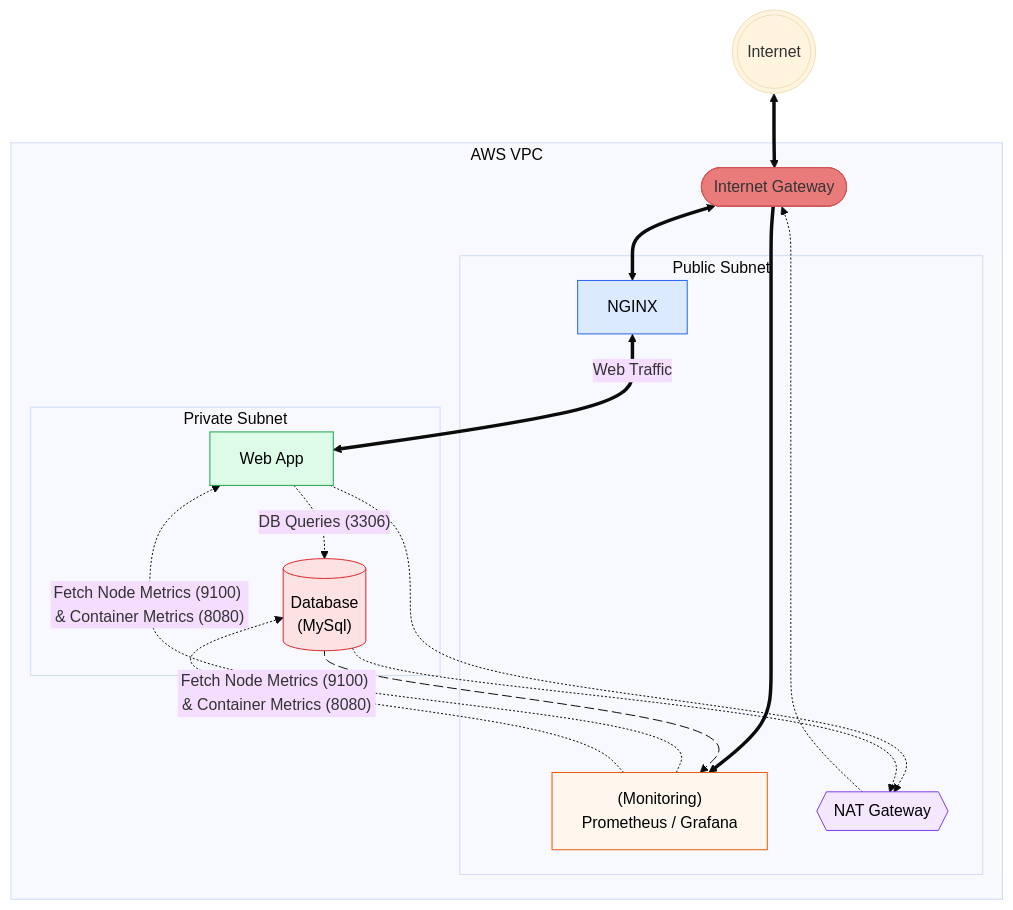
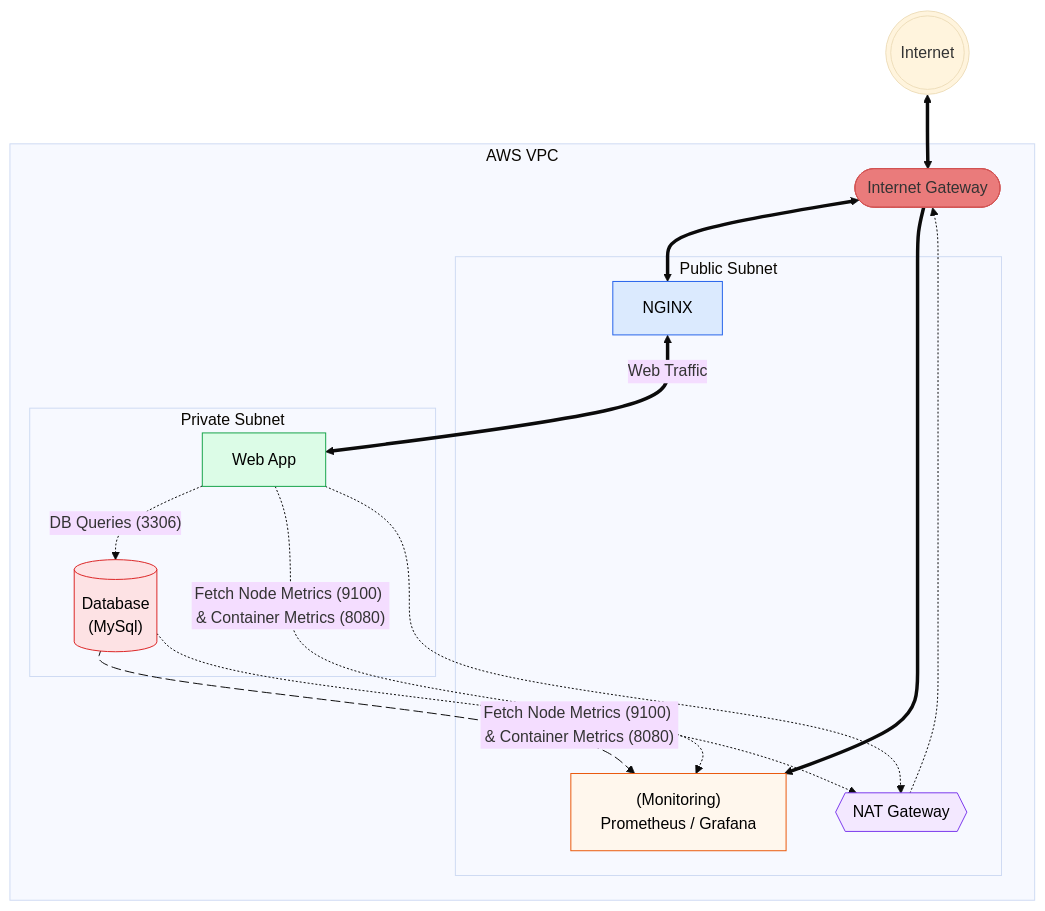
One commit to Jazzar101/learning-terraform-3087701 changed the diagram in README.md. Above: the diagram before and after it, drawn with Mermaid (base theme).

Commit message:
Added animated line for metrics

````diff
--- a/README.md
+++ b/README.md
@@ -6,47 +6,46 @@
 ```mermaid
 flowchart TB
     Internet(((Internet)))
     subgraph VPC[AWS VPC]
         IGW([Internet Gateway])
         subgraph PublicSubnet[Public Subnet]
             NGINX[NGINX]
             Monitoring["(Monitoring)\nPrometheus / Grafana"]
             NAT{{NAT Gateway}}
         end
 
         subgraph PrivateSubnet[Private Subnet]
             App[Web App]
             DB[("Database\n(MySql)")]
         end
     end
 
     Internet <==> IGW
     IGW <==> NGINX
     NGINX <==>|Web Traffic| App
     App -.->|"DB Queries (3306)"| DB
     IGW ==> Monitoring
 
-    Monitoring -.->|"Fetch Node Metrics (9100) & Container Metrics (8080)"| App & DB
+    App & DB metrics@-.->|"Fetch Node Metrics (9100) & Container Metrics (8080)"| Monitoring
 
     App -.-> NAT
     DB -.-> NAT
     NAT -.-> IGW
-    DB e1@--> Monitoring
     
-    e1@{ animation: slow }    
+    metrics@{ animation: slow }    
 
     %% Node-only styling (GitHub safe)
     classDef ingress fill:#dbeafe,stroke:#2563eb,color:#000000
     classDef monitoring fill:#fff7ed,stroke:#ea580c,color:#000000
     classDef nat fill:#f3e8ff,stroke:#7c3aed,color:#000000
     classDef app fill:#dcfce7,stroke:#16a34a,color:#000000
     classDef db fill:#fde2e4,stroke:#dc2626,color:#000000
     classDef igw fill:#EA7B7B,stroke:#D25353,color:#00000
 
     class NGINX ingress
     class Monitoring monitoring
     class NAT nat
     class App app
     class DB db
     class IGW igw
 ```
````
